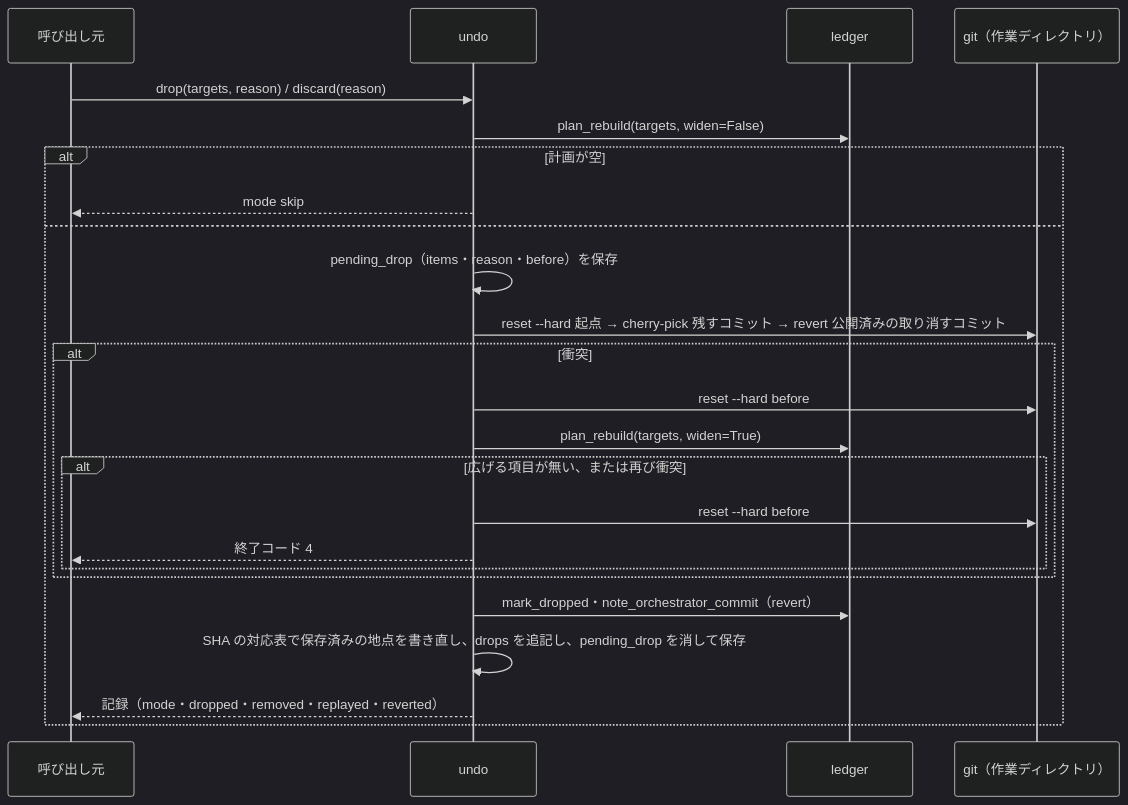
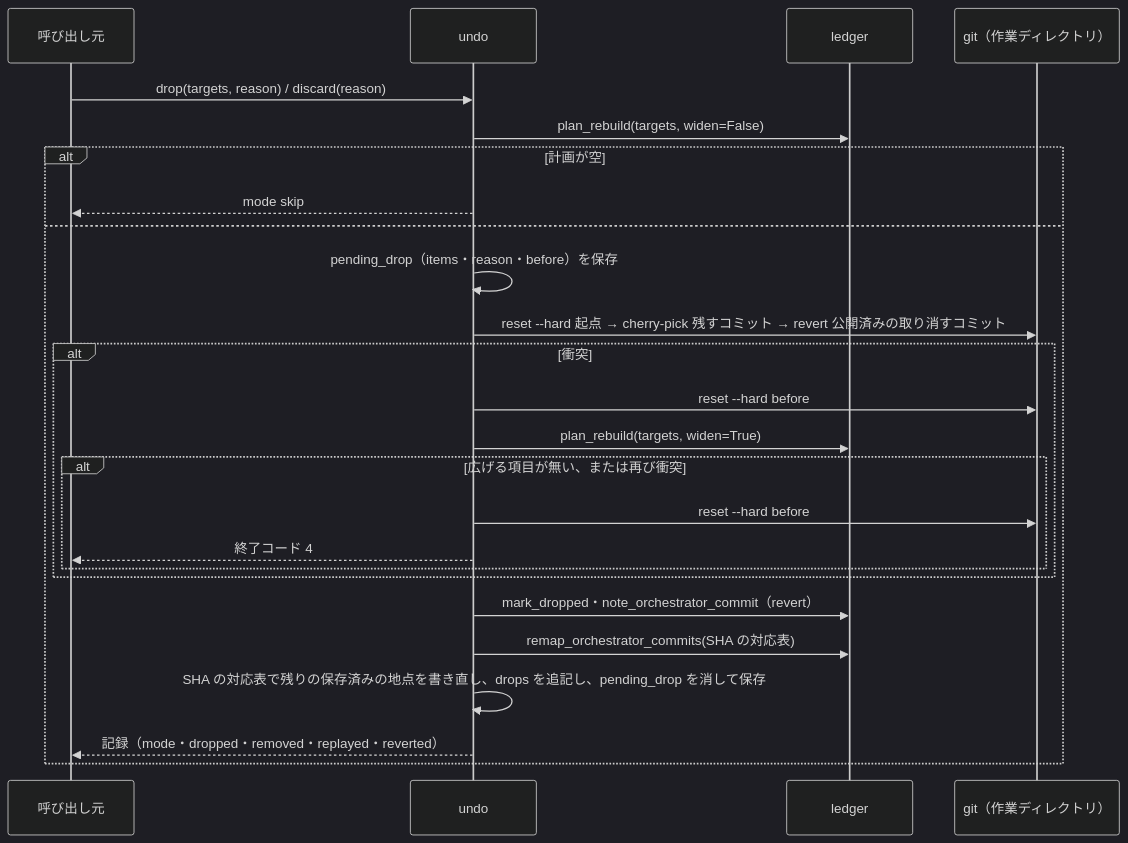
The fourth of 6 diagrams in issues/issue-1482-design.md (devbasex/ai-plugins), drawn with Mermaid (dark theme) before and after one commit. The commit also changed other lines of this file and 2 other files, not shown here.

Commit message:
docs(design): #1482 台帳の SHA 書き直しを ledger に寄せ、用語集の取り消しの判定をモデルに揃える

````diff
--- a/issues/issue-1482-design.md
+++ b/issues/issue-1482-design.md
@@ -316,26 +317,27 @@
 ```mermaid
 sequenceDiagram
     participant C as 呼び出し元
     participant U as undo
     participant L as ledger
     participant G as git（作業ディレクトリ）
     C->>U: drop(targets, reason) / discard(reason)
     U->>L: plan_rebuild(targets, widen=False)
     alt 計画が空
         U-->>C: mode skip
     else
         U->>U: pending_drop（items・reason・before）を保存
         U->>G: reset --hard 起点 → cherry-pick 残すコミット → revert 公開済みの取り消すコミット
         alt 衝突
             U->>G: reset --hard before
             U->>L: plan_rebuild(targets, widen=True)
             alt 広げる項目が無い、または再び衝突
                 U->>G: reset --hard before
                 U-->>C: 終了コード 4
             end
         end
         U->>L: mark_dropped・note_orchestrator_commit（revert）
-        U->>U: SHA の対応表で保存済みの地点を書き直し、drops を追記し、pending_drop を消して保存
+        U->>L: remap_orchestrator_commits(SHA の対応表)
+        U->>U: SHA の対応表で残りの保存済みの地点を書き直し、drops を追記し、pending_drop を消して保存
         U-->>C: 記録（mode・dropped・removed・replayed・reverted）
     end
 ```
````
